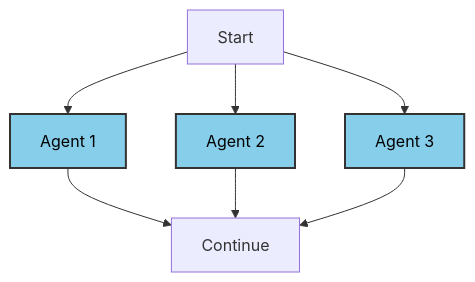
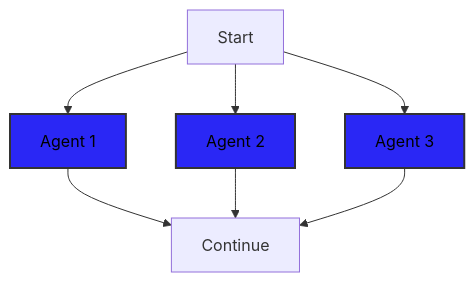
One commit to OpenLiberty/liberty-workshop-langchain4j changed the second of 6 diagrams in docs/docs/section-2/step-02.md. Above: the diagram before and after it, drawn with Mermaid. The commit also changed other lines of this file and 5 other files, not shown here.

````diff
--- a/docs/docs/section-2/step-02.md
+++ b/docs/docs/section-2/step-02.md
@@ -72,12 +83,12 @@
 ```mermaid
 graph TD
     Start["Start"] --> A["Agent 1"]
     Start --> B["Agent 2"]
     Start --> C["Agent 3"]
     A --> End["Continue"]
     B --> End
     C --> End
-    style A fill:#87CEEB,stroke:#333,stroke-width:2,color:#000
-    style B fill:#87CEEB,stroke:#333,stroke-width:2,color:#000
-    style C fill:#87CEEB,stroke:#333,stroke-width:2,color:#000
+    style A fill:#2A27F5,stroke:#333,stroke-width:2,color:#000
+    style B fill:#2A27F5,stroke:#333,stroke-width:2,color:#000
+    style C fill:#2A27F5,stroke:#333,stroke-width:2,color:#000
 ```
````
